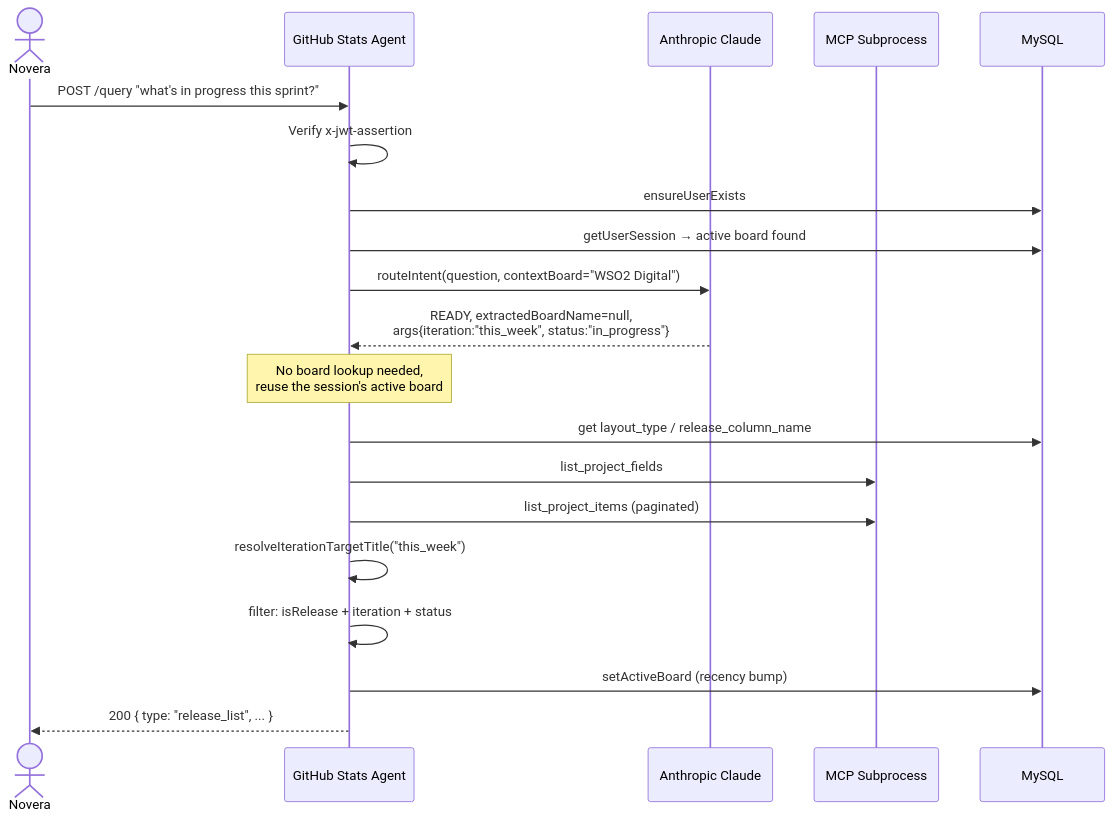
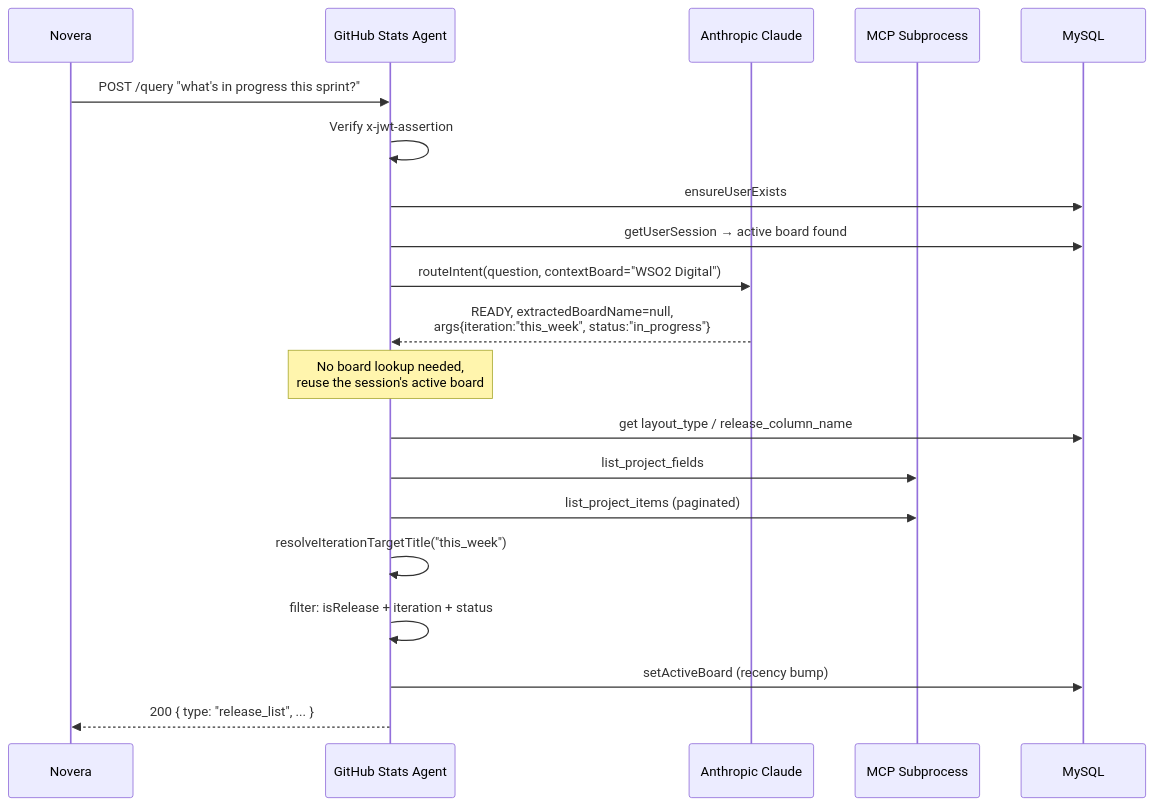
One commit to madubashinii/engineering-tools changed the fifth of 5 diagrams in mcp/gh-project-board-stats/ARCHITECTURE.md. Above: the diagram before and after it, drawn with Mermaid. The commit also changed other lines of this file and 1 other file, not shown here.

````diff
--- a/mcp/gh-project-board-stats/ARCHITECTURE.md
+++ b/mcp/gh-project-board-stats/ARCHITECTURE.md
@@ -188,23 +188,23 @@
 ```mermaid
 sequenceDiagram
-    actor Novera as Novera
+    participant Novera as Novera
     participant Agent as GitHub Stats Agent
     participant Claude as Anthropic Claude
     participant MCP as MCP Subprocess
     participant DB as MySQL
 
     Novera->>Agent: POST /query "what's in progress this sprint?"
     Agent->>Agent: Verify x-jwt-assertion
     Agent->>DB: ensureUserExists
     Agent->>DB: getUserSession → active board found
     Agent->>Claude: routeIntent(question, contextBoard="WSO2 Digital")
     Claude-->>Agent: READY, extractedBoardName=null,<br/>args{iteration:"this_week", status:"in_progress"}
     Note over Agent: No board lookup needed,<br/>reuse the session's active board
     Agent->>DB: get layout_type / release_column_name
     Agent->>MCP: list_project_fields
     Agent->>MCP: list_project_items (paginated)
     Agent->>Agent: resolveIterationTargetTitle("this_week")
     Agent->>Agent: filter: isRelease + iteration + status
     Agent->>DB: setActiveBoard (recency bump)
     Agent-->>Novera: 200 { type: "release_list", ... }
 ```
````
